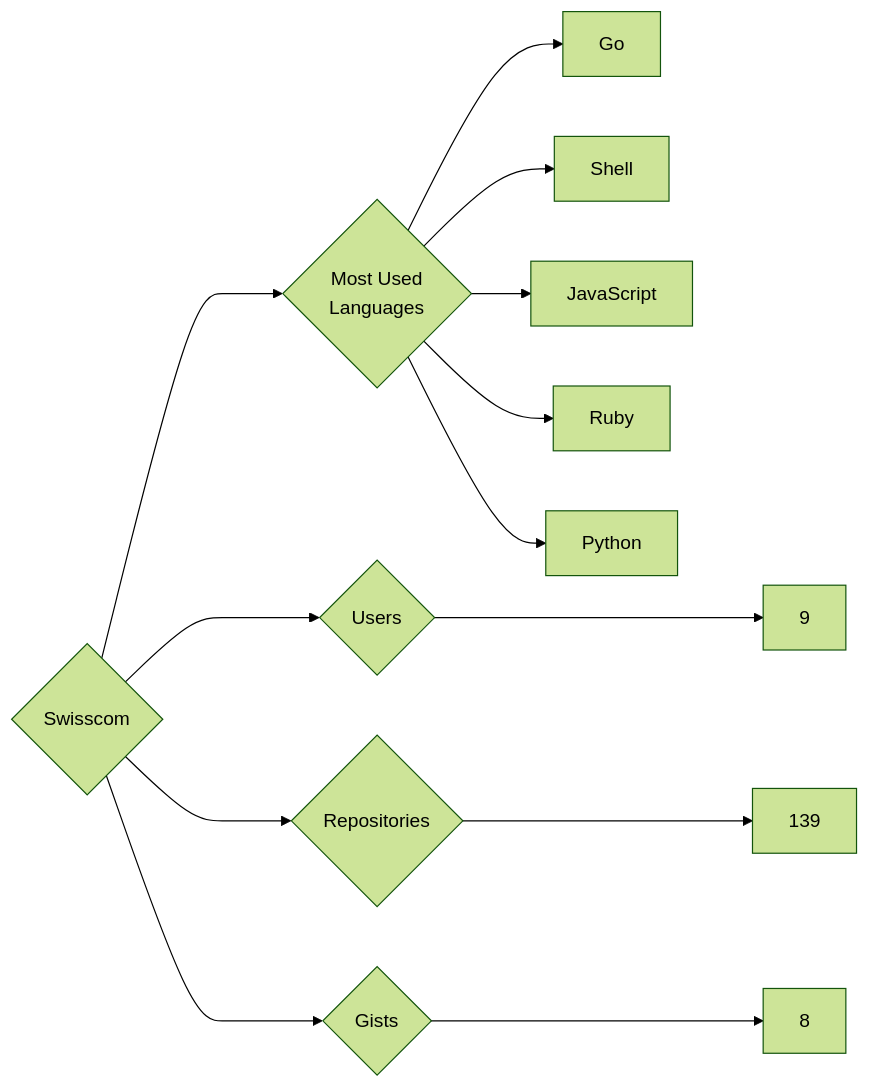
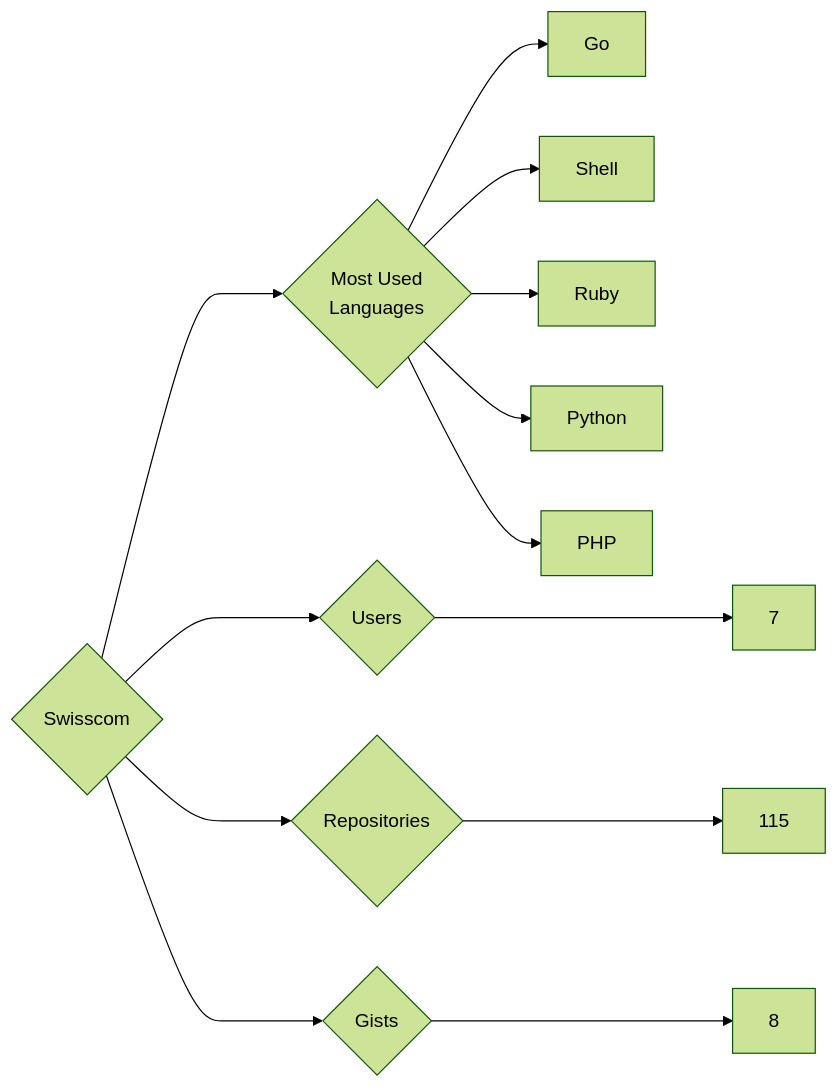
The diagram in targets/Swisscom/README.md (trickest/insiders), drawn with Mermaid (forest theme) before and after one commit. The commit also changed 1248 other files, not shown here.

````diff
--- a/targets/Swisscom/README.md
+++ b/targets/Swisscom/README.md
@@ -3,13 +3,13 @@
 ```mermaid
 graph LR
 COMPANY_NAME{Swisscom}
-COMPANY_NAME ---> U{Users} ---> UN[9]
-COMPANY_NAME ---> R{Repositories} ---> RN[139]
+COMPANY_NAME ---> U{Users} ---> UN[7]
+COMPANY_NAME ---> R{Repositories} ---> RN[115]
 COMPANY_NAME ---> G{Gists} ---> GN[8]
 COMPANY_NAME ---> ML{Most Used<br>Languages}
 ML --> Go[Go]
 ML --> Shell[Shell]
-ML --> JavaScript[JavaScript]
 ML --> Ruby[Ruby]
 ML --> Python[Python]
+ML --> PHP[PHP]
 ```
````
